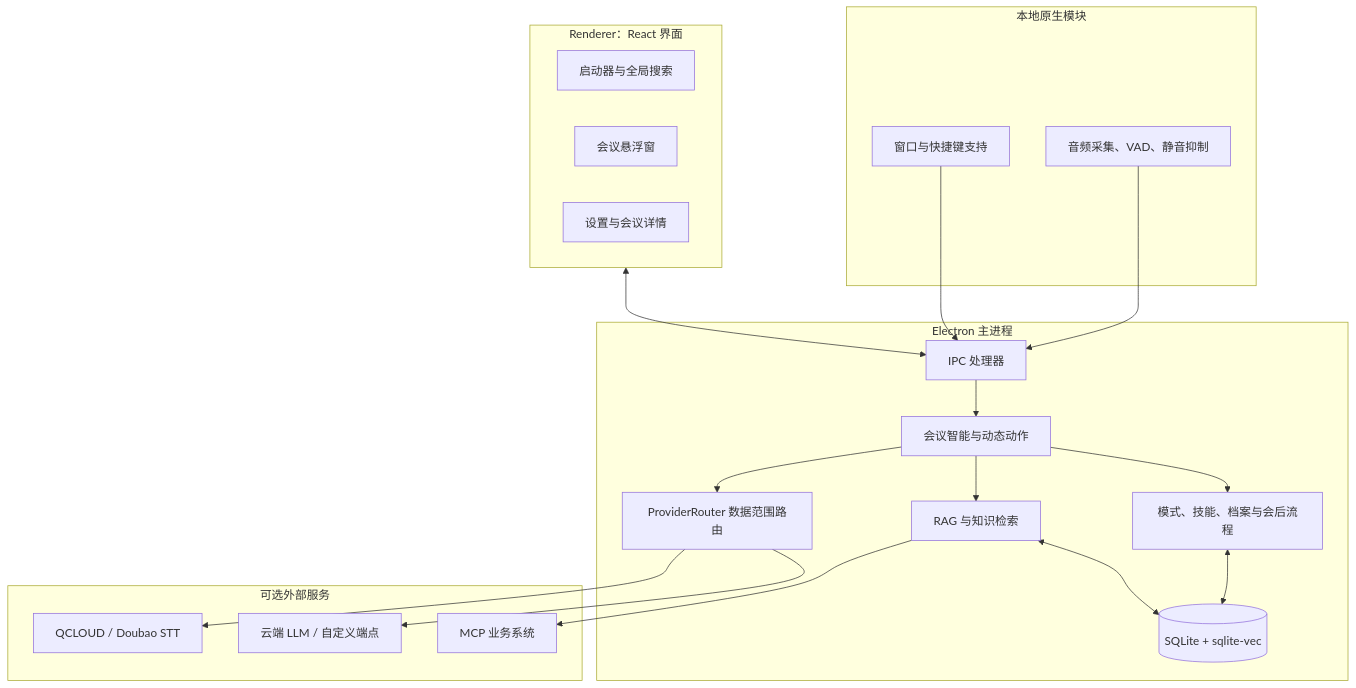
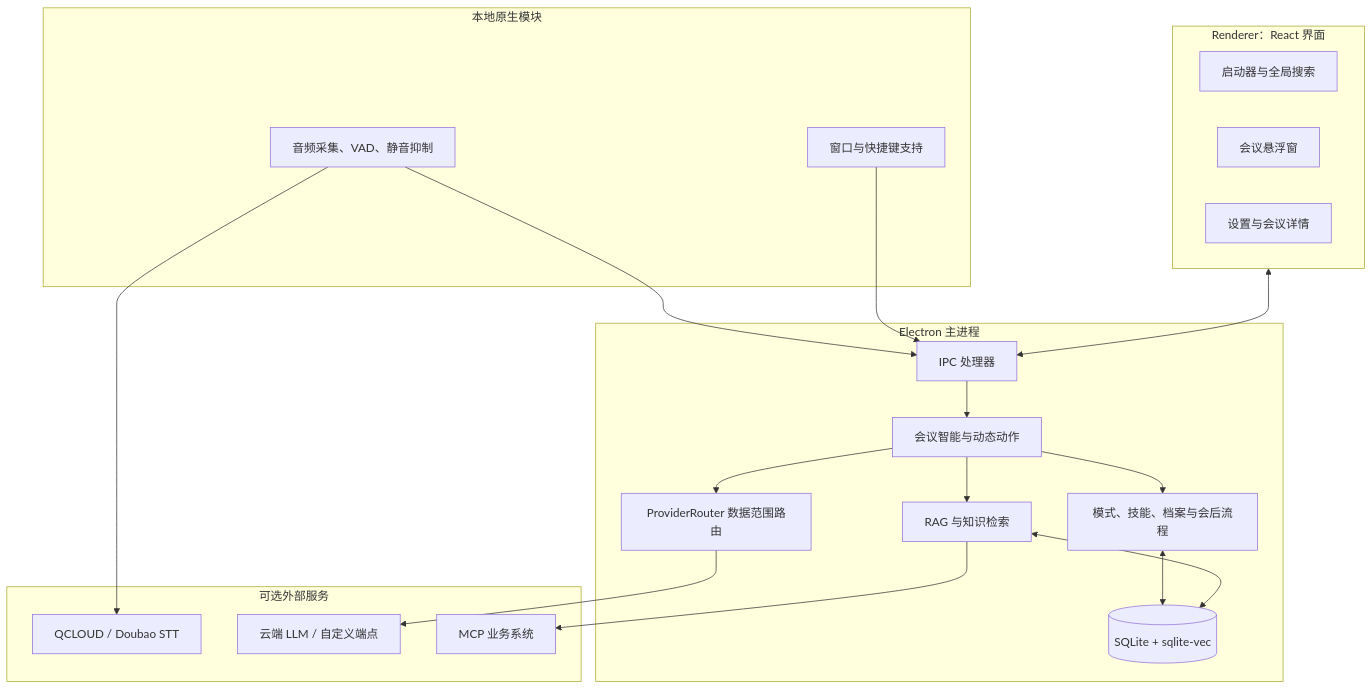
Before and after one commit to tang9-c/natively-cluely-ai-assistant: the first of 3 diagrams in docs/ARCHITECTURE.md, drawn with Mermaid. The commit also changed other lines of this file and 10 other files, not shown here.

````diff
--- a/docs/ARCHITECTURE.md
+++ b/docs/ARCHITECTURE.md
@@ -7,37 +9,37 @@
 ```mermaid
 flowchart TB
   subgraph Renderer[Renderer：React 界面]
     L[启动器与全局搜索]
     O[会议悬浮窗]
     S[设置与会议详情]
   end
   subgraph Main[Electron 主进程]
     I[IPC 处理器]
     E[会议智能与动态动作]
     P[ProviderRouter 数据范围路由]
     R[RAG 与知识检索]
     M[模式、技能、档案与会后流程]
     DB[(SQLite + sqlite-vec)]
   end
   subgraph Native[本地原生模块]
     A[音频采集、VAD、静音抑制]
     W[窗口与快捷键支持]
   end
   subgraph External[可选外部服务]
     STT[QCLOUD / Doubao STT]
     LLM[云端 LLM / 自定义端点]
     MCP[MCP 业务系统]
   end
   Renderer <--> I
   I --> E
   E --> P
   E --> R
   E --> M
   M <--> DB
   R <--> DB
   A --> I
   W --> I
-  P --> STT
+  A --> STT
   P --> LLM
   R --> MCP
 ```
````
